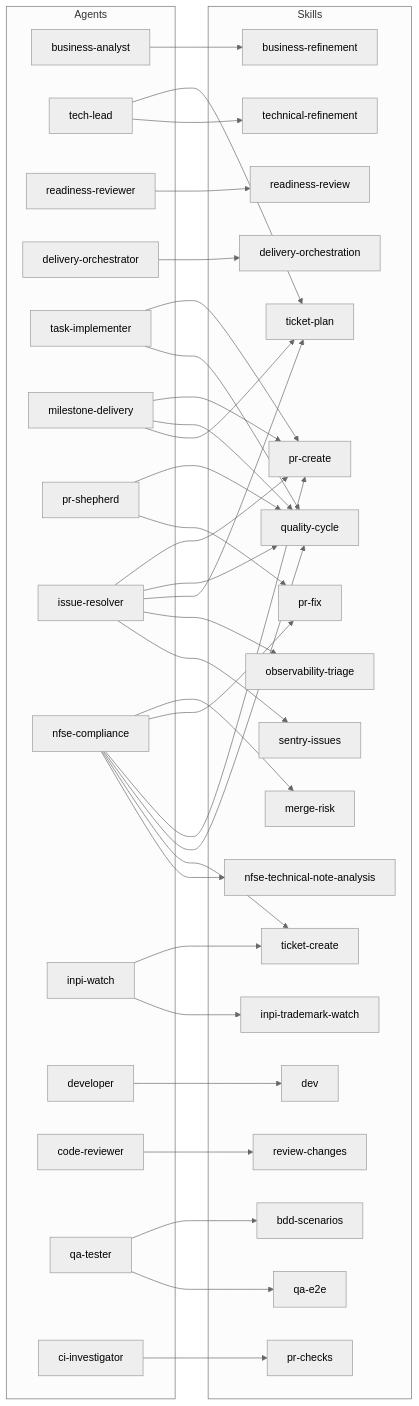
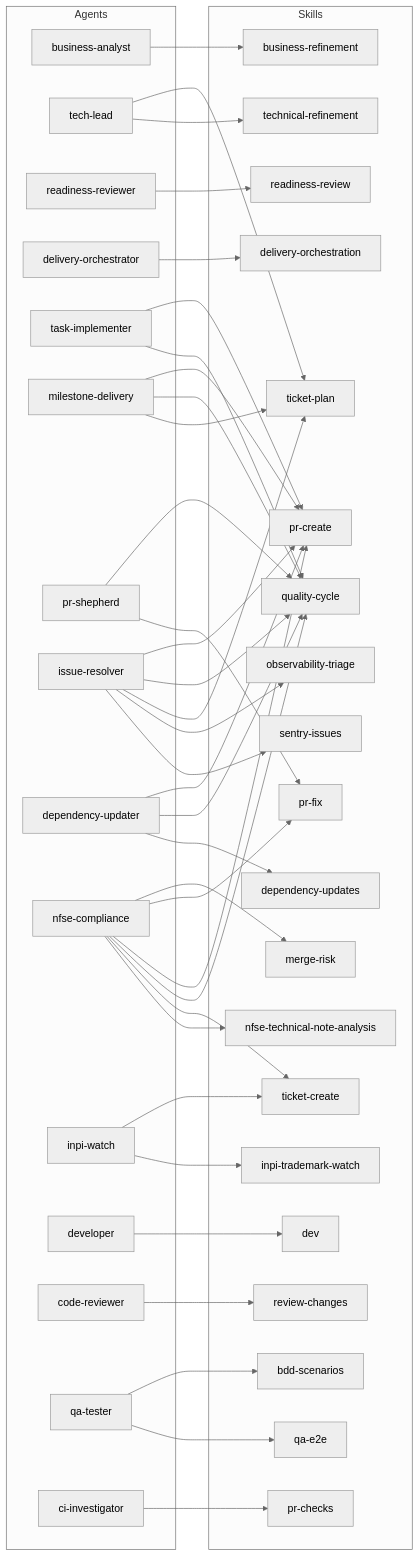
One commit to fbrissi/ai-skills changed the second of 3 diagrams in docs/claude-code-agents.md. Above: the diagram before and after it, drawn with Mermaid (neutral theme). The commit also changed other lines of this file and 17 other files, not shown here.

````diff
--- a/docs/claude-code-agents.md
+++ b/docs/claude-code-agents.md
@@ -67,54 +69,57 @@
 ```mermaid
 flowchart LR
   subgraph AG["Agents"]
     BA["business-analyst"]
     TL["tech-lead"]
     RV["readiness-reviewer"]
     DO["delivery-orchestrator"]
     TI["task-implementer"]
     MD["milestone-delivery"]
     PS["pr-shepherd"]
     IR["issue-resolver"]
+    DU["dependency-updater"]
     NC["nfse-compliance"]
     IW["inpi-watch"]
     DEV["developer"]
     CR["code-reviewer"]
     QA["qa-tester"]
     CI["ci-investigator"]
   end
   subgraph SK["Skills"]
     sBR["business-refinement"]
     sTR["technical-refinement"]
     sTP["ticket-plan"]
     sRR["readiness-review"]
     sDO["delivery-orchestration"]
     sDEV["dev"]
     sQC["quality-cycle"]
     sPC["pr-create"]
     sPF["pr-fix"]
     sMR["merge-risk"]
     sRC["review-changes"]
     sQE["qa-e2e"]
     sBDD["bdd-scenarios"]
     sCK["pr-checks"]
     sSI["sentry-issues"]
     sOT["observability-triage"]
+    sDU["dependency-updates"]
     sTC["ticket-create"]
     sNT["nfse-technical-note-analysis"]
     sIN["inpi-trademark-watch"]
   end
   BA --> sBR
   TL --> sTR & sTP
   RV --> sRR
   DO --> sDO
   TI --> sQC & sPC
   MD --> sTP & sQC & sPC
   PS --> sPF & sQC
   IR --> sSI & sOT & sTP & sQC & sPC
+  DU --> sDU & sQC & sPC
   NC --> sNT & sTC & sQC & sPC & sPF & sMR
   IW --> sIN & sTC
   DEV --> sDEV
   CR --> sRC
   QA --> sQE & sBDD
   CI --> sCK
 ```
````
